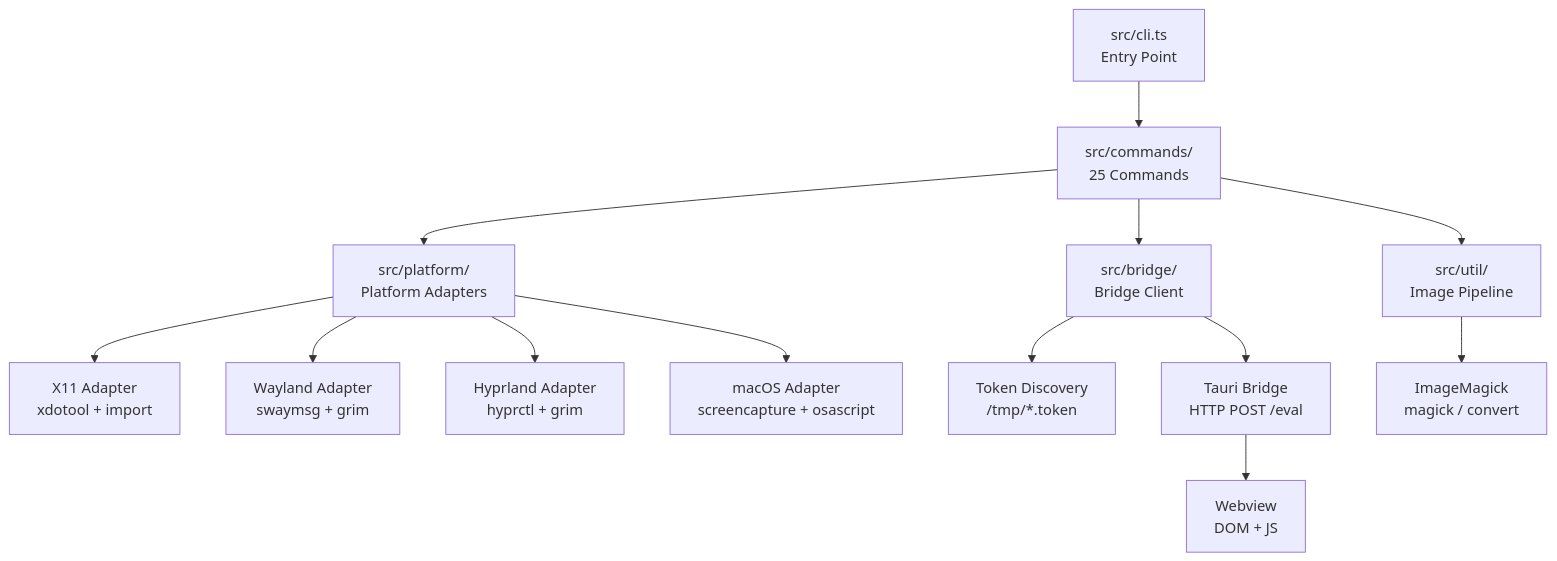
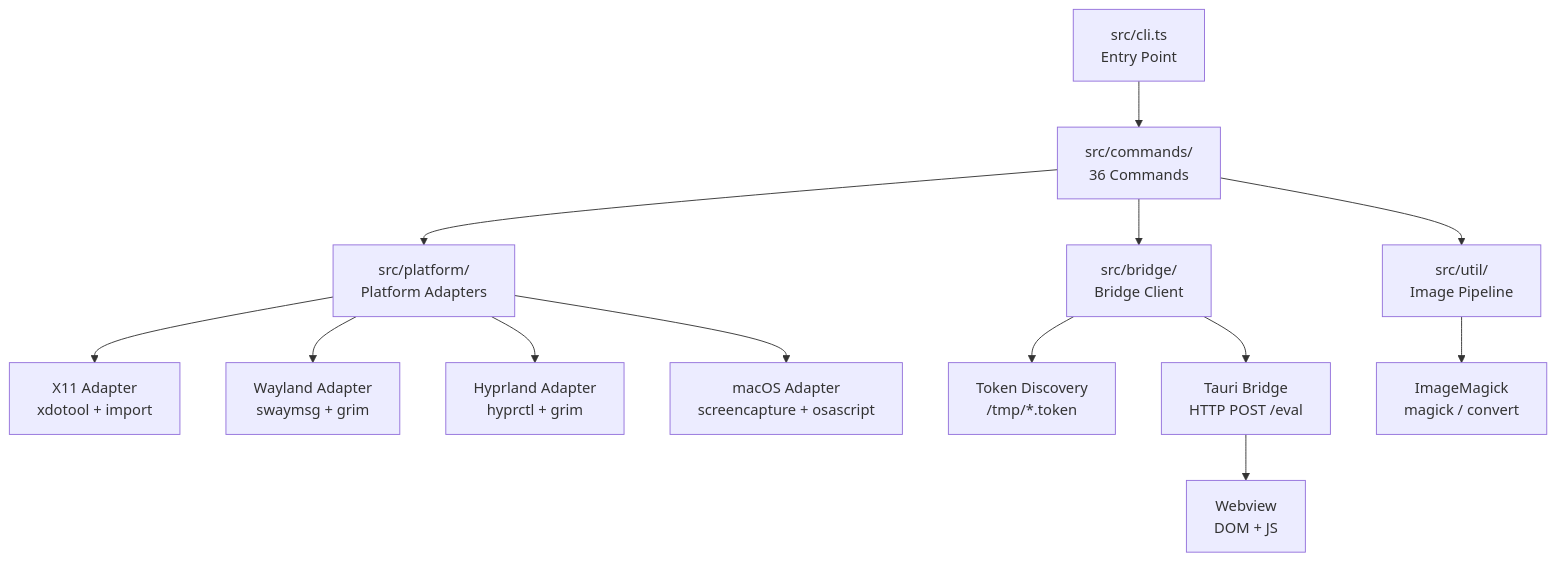
Before and after one commit to cesarandreslopez/tauri-agent-tools: the diagram in docs/architecture/overview.md, drawn with Mermaid. The commit also changed other lines of this file and 9 other files, not shown here.

````diff
--- a/docs/architecture/overview.md
+++ b/docs/architecture/overview.md
@@ -5,15 +5,15 @@
 ```mermaid
 graph TD
-    CLI[src/cli.ts<br/>Entry Point] --> CMD[src/commands/<br/>25 Commands]
+    CLI[src/cli.ts<br/>Entry Point] --> CMD[src/commands/<br/>36 Commands]
     CMD --> PA[src/platform/<br/>Platform Adapters]
     CMD --> BC[src/bridge/<br/>Bridge Client]
     PA --> X11[X11 Adapter<br/>xdotool + import]
     PA --> WL[Wayland Adapter<br/>swaymsg + grim]
     PA --> HY[Hyprland Adapter<br/>hyprctl + grim]
     PA --> MAC[macOS Adapter<br/>screencapture + osascript]
     BC --> TD[Token Discovery<br/>/tmp/*.token]
     BC --> BR[Tauri Bridge<br/>HTTP POST /eval]
     BR --> WV[Webview<br/>DOM + JS]
     CMD --> IMG[src/util/<br/>Image Pipeline]
     IMG --> IM[ImageMagick<br/>magick / convert]
 ```
````
